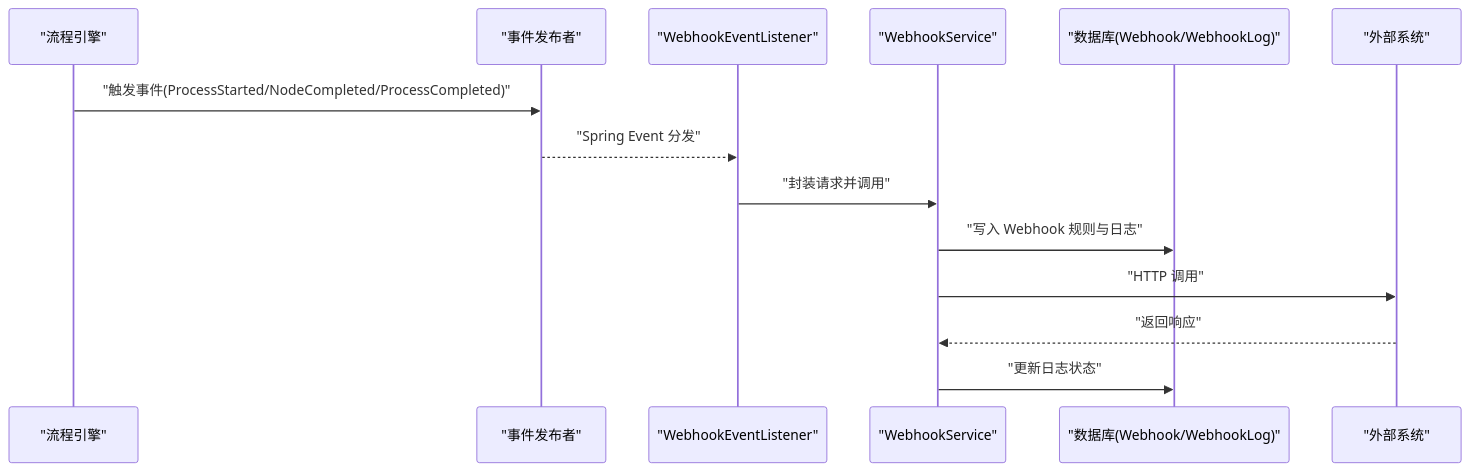
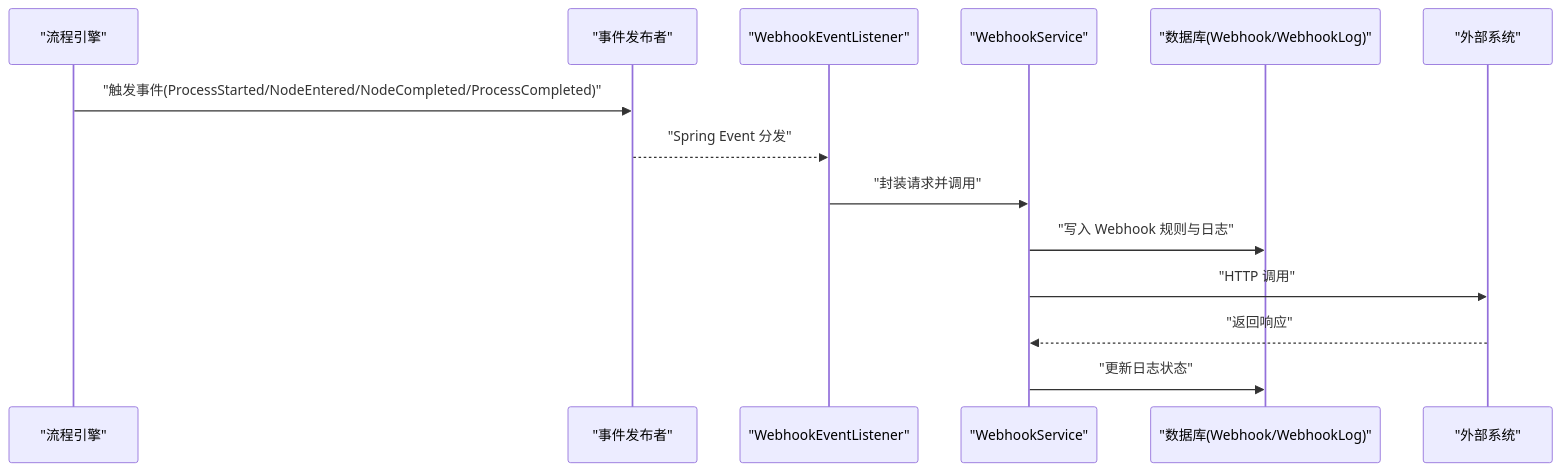
The second of 7 diagrams in .qoder/repowiki/zh/content/系统架构设计/事件驱动机制.md (liming-lihaini/workflow), drawn with Mermaid before and after one commit. The commit also changed other lines of this file and 49 other files, not shown here.

````diff
--- a/.qoder/repowiki/zh/content/系统架构设计/事件驱动机制.md
+++ b/.qoder/repowiki/zh/content/系统架构设计/事件驱动机制.md
@@ -142,16 +146,16 @@
 ```mermaid
 sequenceDiagram
 participant Engine as "流程引擎"
 participant Publisher as "事件发布者"
 participant Listener as "WebhookEventListener"
 participant Service as "WebhookService"
 participant DB as "数据库(Webhook/WebhookLog)"
 participant External as "外部系统"
-Engine->>Publisher : "触发事件(ProcessStarted/NodeCompleted/ProcessCompleted)"
+Engine->>Publisher : "触发事件(ProcessStarted/NodeEntered/NodeCompleted/ProcessCompleted)"
 Publisher-->>Listener : "Spring Event 分发"
 Listener->>Service : "封装请求并调用"
 Service->>DB : "写入 Webhook 规则与日志"
 Service->>External : "HTTP 调用"
 External-->>Service : "返回响应"
 Service->>DB : "更新日志状态"
 ```
````
